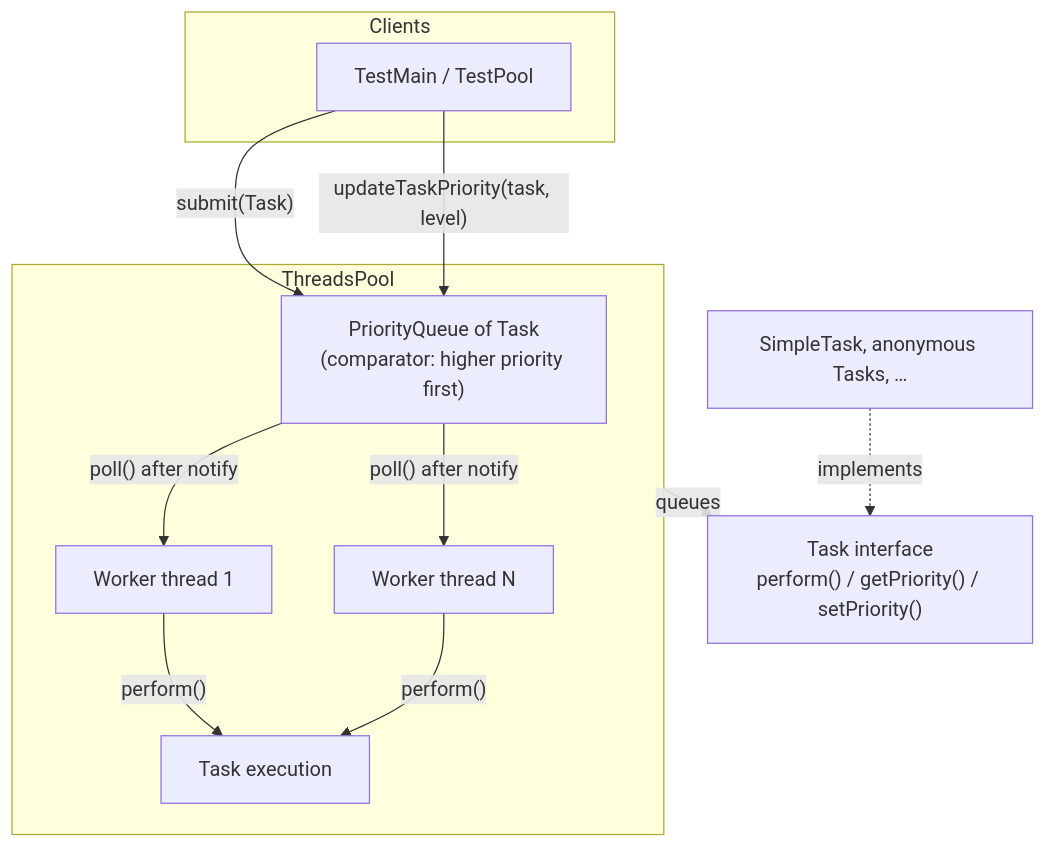
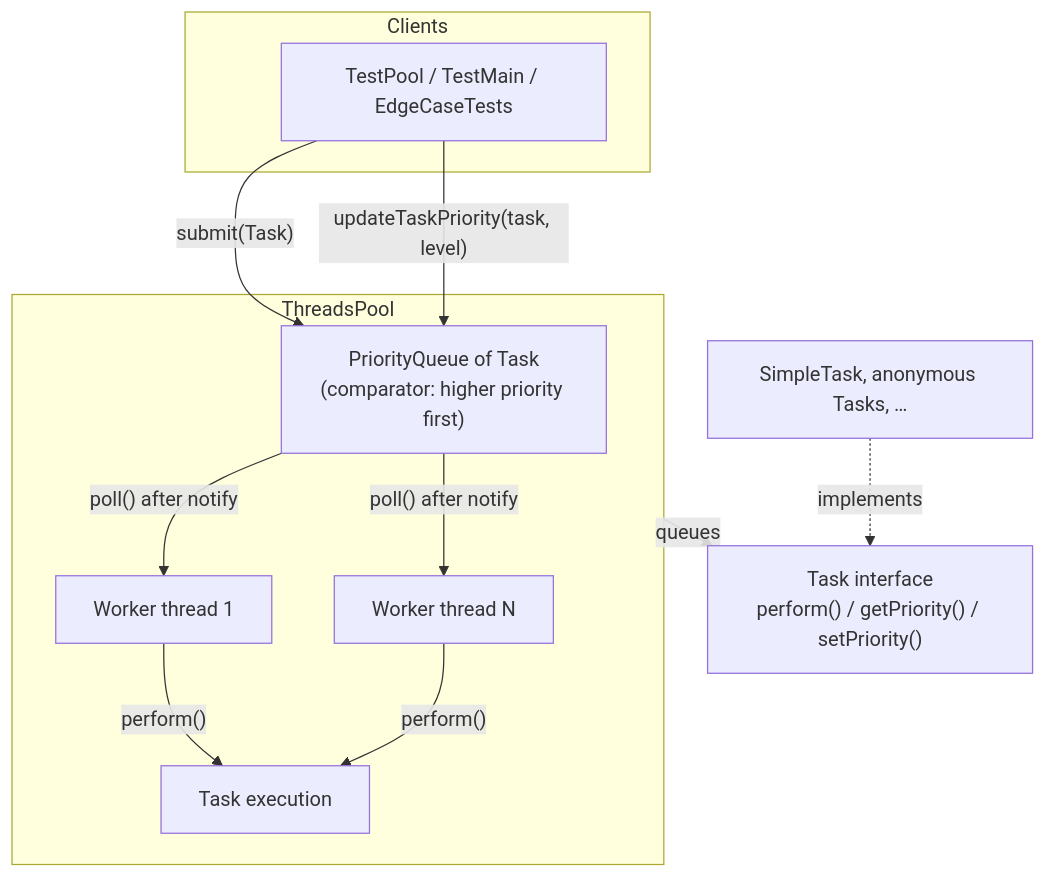
One commit to Snafuzila/xpool_project changed the first of 3 diagrams in README.md. Above: the diagram before and after it, drawn with Mermaid. The commit also changed other lines of this file and 2 other files, not shown here.

Commit message:
Add EdgeCaseTests, remove XpoolDemo, refresh README.

````diff
--- a/README.md
+++ b/README.md
@@ -7,23 +7,23 @@
 ```mermaid
 flowchart TB
     subgraph clients["Clients"]
-        TMain["TestMain / TestPool"]
+        TMain["TestPool / TestMain / EdgeCaseTests"]
     end
 
     subgraph pool["ThreadsPool"]
         PQ["PriorityQueue of Task\n(comparator: higher priority first)"]
         W1["Worker thread 1"]
         W2["Worker thread N"]
         TMain -->|"submit(Task)"| PQ
         TMain -->|"updateTaskPriority(task, level)"| PQ
         PQ -->|"poll() after notify"| W1
         PQ -->|"poll() after notify"| W2
         W1 -->|"perform()"| Exec["Task execution"]
         W2 -->|"perform()"| Exec
     end
 
     TaskIface["Task interface\nperform() / getPriority() / setPriority()"]
     Impl["SimpleTask, anonymous Tasks, …"]
     Impl -.->|implements| TaskIface
     pool -->|"queues"| TaskIface
 ```
````
